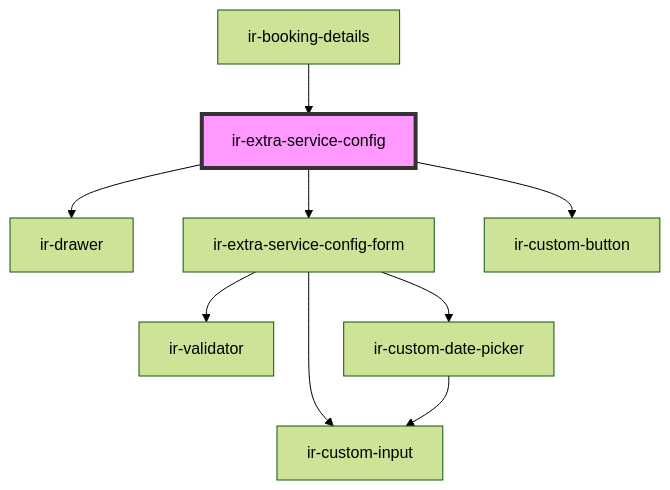
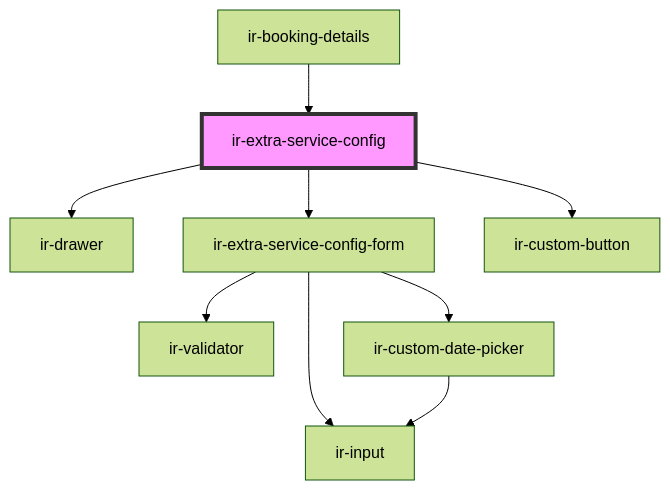
The diagram in src/components/ir-booking-details/ir-extra-services/ir-extra-service-config/readme.md (David1Chowaifaty/modified-ir-webcmp), drawn with Mermaid (forest theme) before and after one commit. The commit also changed 38 other files, not shown here.

````diff
--- a/src/components/ir-booking-details/ir-extra-services/ir-extra-service-config/readme.md
+++ b/src/components/ir-booking-details/ir-extra-services/ir-extra-service-config/readme.md
@@ -37,12 +37,12 @@
 ```mermaid
 graph TD;
   ir-extra-service-config --> ir-drawer
   ir-extra-service-config --> ir-extra-service-config-form
   ir-extra-service-config --> ir-custom-button
   ir-extra-service-config-form --> ir-validator
   ir-extra-service-config-form --> ir-custom-date-picker
-  ir-extra-service-config-form --> ir-custom-input
-  ir-custom-date-picker --> ir-custom-input
+  ir-extra-service-config-form --> ir-input
+  ir-custom-date-picker --> ir-input
   ir-booking-details --> ir-extra-service-config
   style ir-extra-service-config fill:#f9f,stroke:#333,stroke-width:4px
 ```
````
